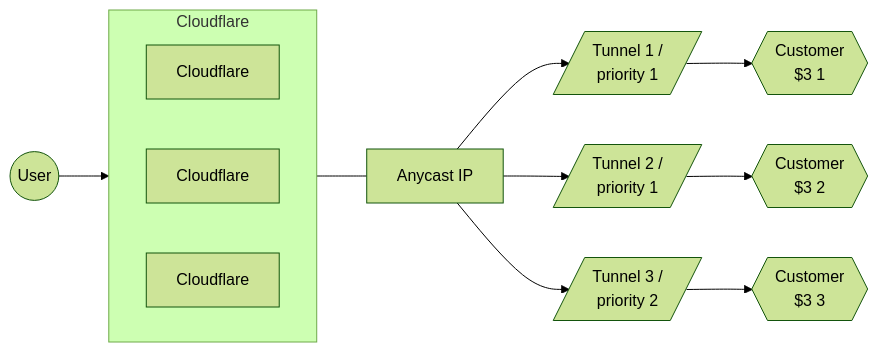
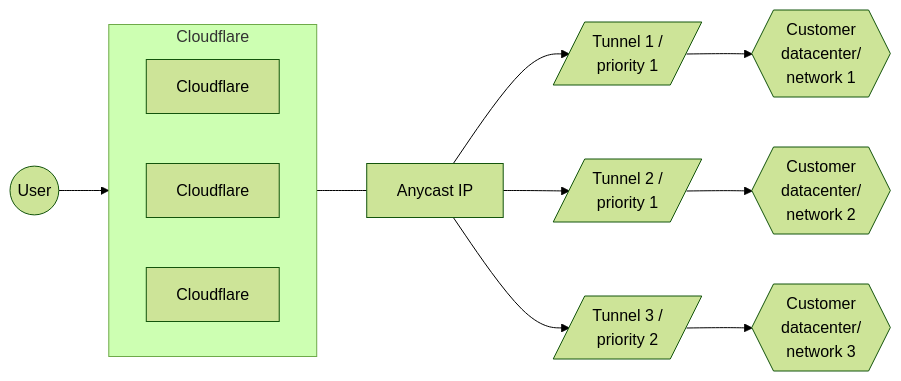
Before and after one commit to cloudflare/cloudflare-docs: the first of 4 diagrams in content/magic-transit/_partials/_traffic-steering.md, drawn with Mermaid (forest theme). The commit also changed other lines of this file, not shown here.

````diff
--- a/content/magic-transit/_partials/_traffic-steering.md
+++ b/content/magic-transit/_partials/_traffic-steering.md
@@ -17,17 +17,17 @@
 ```mermaid
 flowchart LR
 accTitle: Tunnels diagram
 accDescr: The example in this diagram has three tunnel routes. Tunnels 1 and 2 have top priority and Tunnel 3 is secondary.
 
 subgraph Cloudflare
 direction LR
 B[Cloudflare]
 C[Cloudflare]
 D[Cloudflare]
 end
 
 A((User)) --> Cloudflare --- E[Anycast IP]
-E[Anycast IP] --> F[/Tunnel 1 / <br> priority 1/] --> I{{Customer <br> $3 1}}
-E[Anycast IP] --> G[/Tunnel 2 / <br> priority 1/] --> J{{Customer <br> $3 2}}
-E[Anycast IP] --> H[/Tunnel 3 / <br> priority 2/] --> K{{Customer <br> $3 3}}
+E[Anycast IP] --> F[/Tunnel 1 / <br> priority 1/] --> I{{Customer <br> datacenter/ <br> network 1}}
+E[Anycast IP] --> G[/Tunnel 2 / <br> priority 1/] --> J{{Customer <br> datacenter/ <br> network 2}}
+E[Anycast IP] --> H[/Tunnel 3 / <br> priority 2/] --> K{{Customer <br> datacenter/ <br> network 3}}
 ```
````
